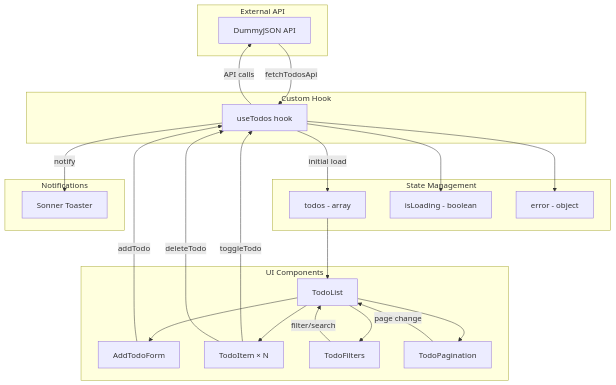
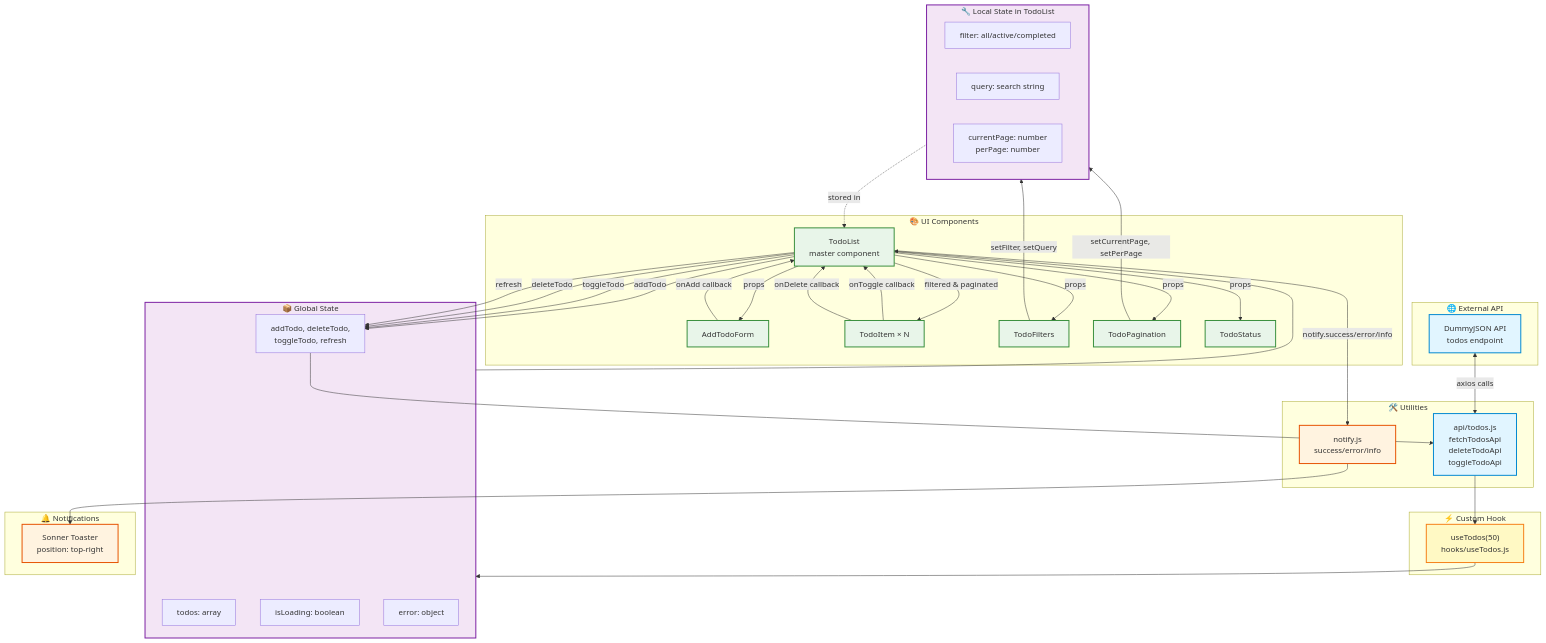
One commit to Hyptofon/todo_list changed the second of 2 diagrams in lab4/README.md. Above: the diagram before and after it, drawn with Mermaid. The commit also changed other lines of this file and 4 other files, not shown here.

````diff
--- a/lab4/README.md
+++ b/lab4/README.md
@@ -91,49 +90,92 @@
 ```mermaid
 flowchart TB
-    subgraph API["External API"]
-        DummyJSON[DummyJSON API]
+    subgraph API["🌐 External API"]
+        DummyJSON[DummyJSON API<br/>todos endpoint]
     end
     
-    subgraph Hook["Custom Hook"]
-        useTodos[useTodos hook]
+    subgraph Hook["⚡ Custom Hook"]
+        useTodos["useTodos(50)<br/>hooks/useTodos.js"]
     end
     
-    subgraph State["State Management"]
-        TodosState[todos - array]
-        LoadingState[isLoading - boolean]
-        ErrorState[error - object]
+    subgraph GlobalState["📦 Global State"]
+        TodosState[todos: array]
+        LoadingState[isLoading: boolean]
+        ErrorState[error: object]
+        Methods[addTodo, deleteTodo,<br/>toggleTodo, refresh]
     end
     
-    subgraph Components["UI Components"]
-        TodoList[TodoList]
+    subgraph LocalState["🔧 Local State in TodoList"]
+        FilterState[filter: all/active/completed]
+        QueryState[query: search string]
+        PageState[currentPage: number<br/>perPage: number]
+    end
+    
+    subgraph Components["🎨 UI Components"]
+        TodoList[TodoList<br/>master component]
         AddForm[AddTodoForm]
         TodoItem[TodoItem × N]
         Filters[TodoFilters]
         Pagination[TodoPagination]
+        Status[TodoStatus]
     end
     
-    subgraph Notifications["Notifications"]
-        Sonner[Sonner Toaster]
+    subgraph Utils["🛠️ Utilities"]
+        Notify[notify.js<br/>success/error/info]
+        API_File[api/todos.js<br/>fetchTodosApi<br/>deleteTodoApi<br/>toggleTodoApi]
     end
     
-    DummyJSON -->|fetchTodosApi| useTodos
-    useTodos -->|initial load| TodosState
-    useTodos --> LoadingState
-    useTodos --> ErrorState
+    subgraph Notifications["🔔 Notifications"]
+        Sonner[Sonner Toaster<br/>position: top-right]
+    end
     
-    TodosState --> TodoList
-    TodoList --> AddForm
-    TodoList --> Filters
-    TodoList --> TodoItem
-    TodoList --> Pagination
+    %% API Flow
+    DummyJSON <-->|axios calls| API_File
+    API_File --> useTodos
     
-    AddForm -->|addTodo| useTodos
-    TodoItem -->|toggleTodo| useTodos
-    TodoItem -->|deleteTodo| useTodos
+    %% Hook to State
+    useTodos --> GlobalState
     
-    useTodos -->|API calls| DummyJSON
-    useTodos -->|notify| Sonner
+    %% State to Components
+    GlobalState --> TodoList
+    LocalState -.stored in.-> TodoList
     
-    Filters -->|filter/search| TodoList
-    Pagination -->|page change| TodoList
+    %% TodoList distributes data
+    TodoList -->|props| AddForm
+    TodoList -->|props| Filters
+    TodoList -->|props| Status
+    TodoList -->|props| Pagination
+    TodoList -->|filtered & paginated| TodoItem
+    
+    %% User Actions
+    AddForm -->|onAdd callback| TodoList
+    TodoItem -->|onToggle callback| TodoList
+    TodoItem -->|onDelete callback| TodoList
+    Filters -->|setFilter, setQuery| LocalState
+    Pagination -->|setCurrentPage, setPerPage| LocalState
+    
+    %% TodoList calls Hook methods
+    TodoList -->|addTodo| Methods
+    TodoList -->|toggleTodo| Methods
+    TodoList -->|deleteTodo| Methods
+    TodoList -->|refresh| Methods
+    
+    %% Methods update API
+    Methods --> API_File
+    
+    %% Notifications
+    TodoList -->|notify.success/error/info| Notify
+    Notify --> Sonner
+    
+    %% Styling
+    classDef apiStyle fill:#e1f5ff,stroke:#0288d1,stroke-width:2px
+    classDef hookStyle fill:#fff9c4,stroke:#f57f17,stroke-width:2px
+    classDef stateStyle fill:#f3e5f5,stroke:#7b1fa2,stroke-width:2px
+    classDef componentStyle fill:#e8f5e9,stroke:#388e3c,stroke-width:2px
+    classDef utilStyle fill:#fff3e0,stroke:#e65100,stroke-width:2px
+    
+    class DummyJSON,API_File apiStyle
+    class useTodos hookStyle
+    class GlobalState,LocalState stateStyle
+    class TodoList,AddForm,TodoItem,Filters,Pagination,Status componentStyle
+    class Notify,Sonner utilStyle
 ```
````
